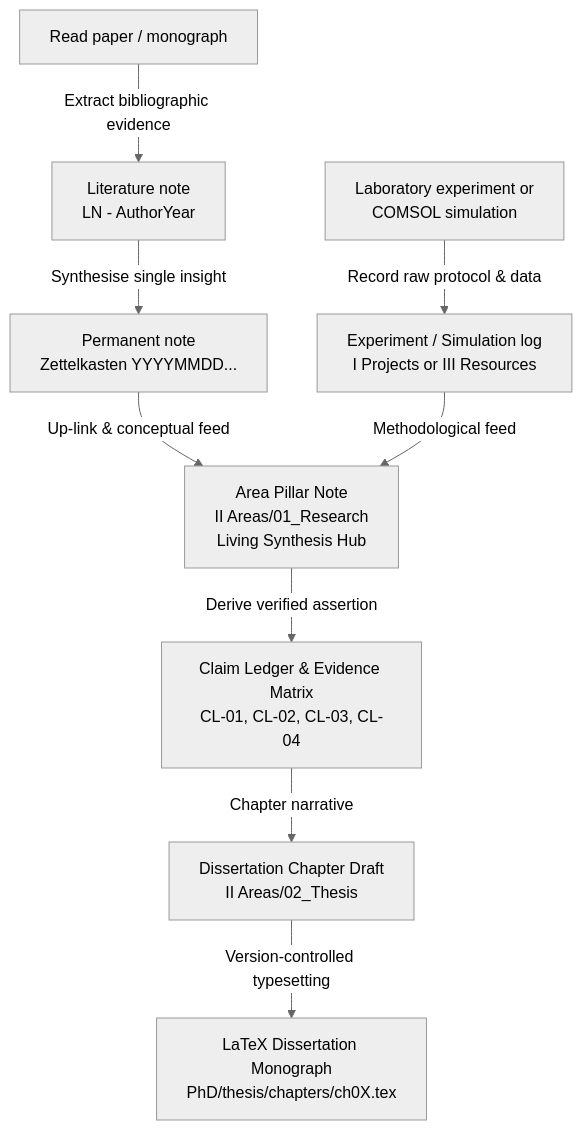
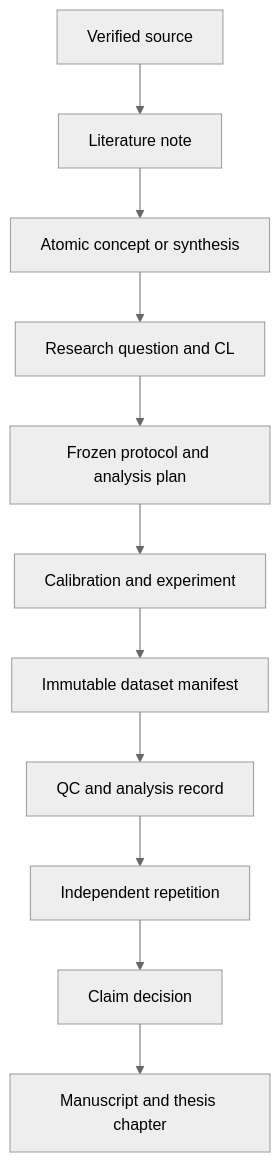
The diagram in src/site/notes/_System/Research Methodology & Workflows.md (sakalmic/Obsidian), drawn with Mermaid (neutral theme) before and after one commit. The commit also changed other lines of this file and 31 other files, not shown here.

````diff
--- a/src/site/notes/_System/Research Methodology & Workflows.md
+++ b/src/site/notes/_System/Research Methodology & Workflows.md
@@ -14,11 +12,13 @@
 ```mermaid
-graph TD
-    A[Read paper / monograph] -->|Extract bibliographic evidence| B[Literature note\nLN - AuthorYear]
-    B -->|Synthesise single insight| C[Permanent note\nZettelkasten YYYYMMDD...]
-    D[Laboratory experiment or\nCOMSOL simulation] -->|Record raw protocol & data| E[Experiment / Simulation log\nI Projects or III Resources]
-    C -->|Up-link & conceptual feed| F[Area Pillar Note\nII Areas/01_Research\nLiving Synthesis Hub]
-    E -->|Methodological feed| F
-    F -->|Derive verified assertion| G[Claim Ledger & Evidence Matrix\nCL-01, CL-02, CL-03, CL-04]
-    G -->|Chapter narrative| H[Dissertation Chapter Draft\nII Areas/02_Thesis]
-    H -->|Version-controlled typesetting| I[LaTeX Dissertation Monograph\nPhD/thesis/chapters/ch0X.tex]
+flowchart TB
+    A[Verified source] --> B[Literature note]
+    B --> C[Atomic concept or synthesis]
+    C --> D[Research question and CL]
+    D --> E[Frozen protocol and analysis plan]
+    E --> F[Calibration and experiment]
+    F --> G[Immutable dataset manifest]
+    G --> H[QC and analysis record]
+    H --> I[Independent repetition]
+    I --> J[Claim decision]
+    J --> K[Manuscript and thesis chapter]
 ```
````
